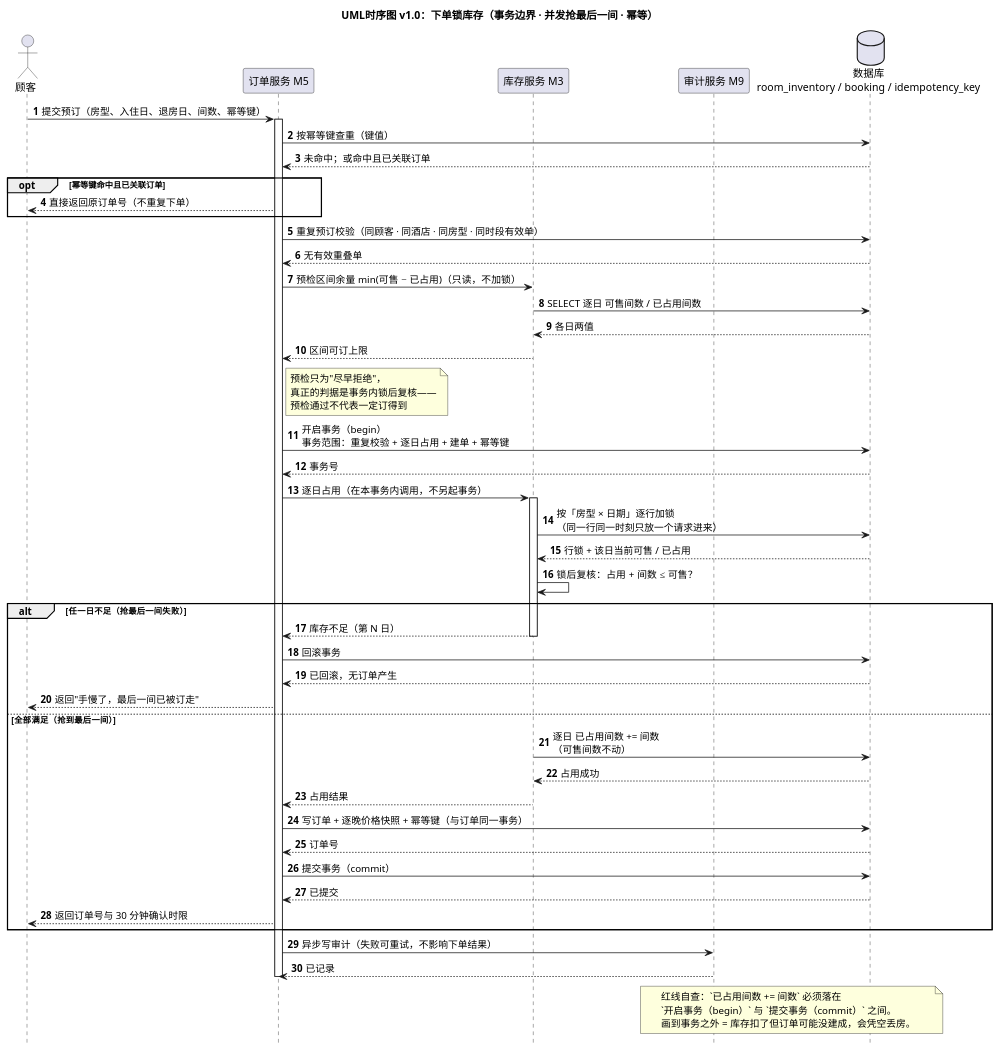
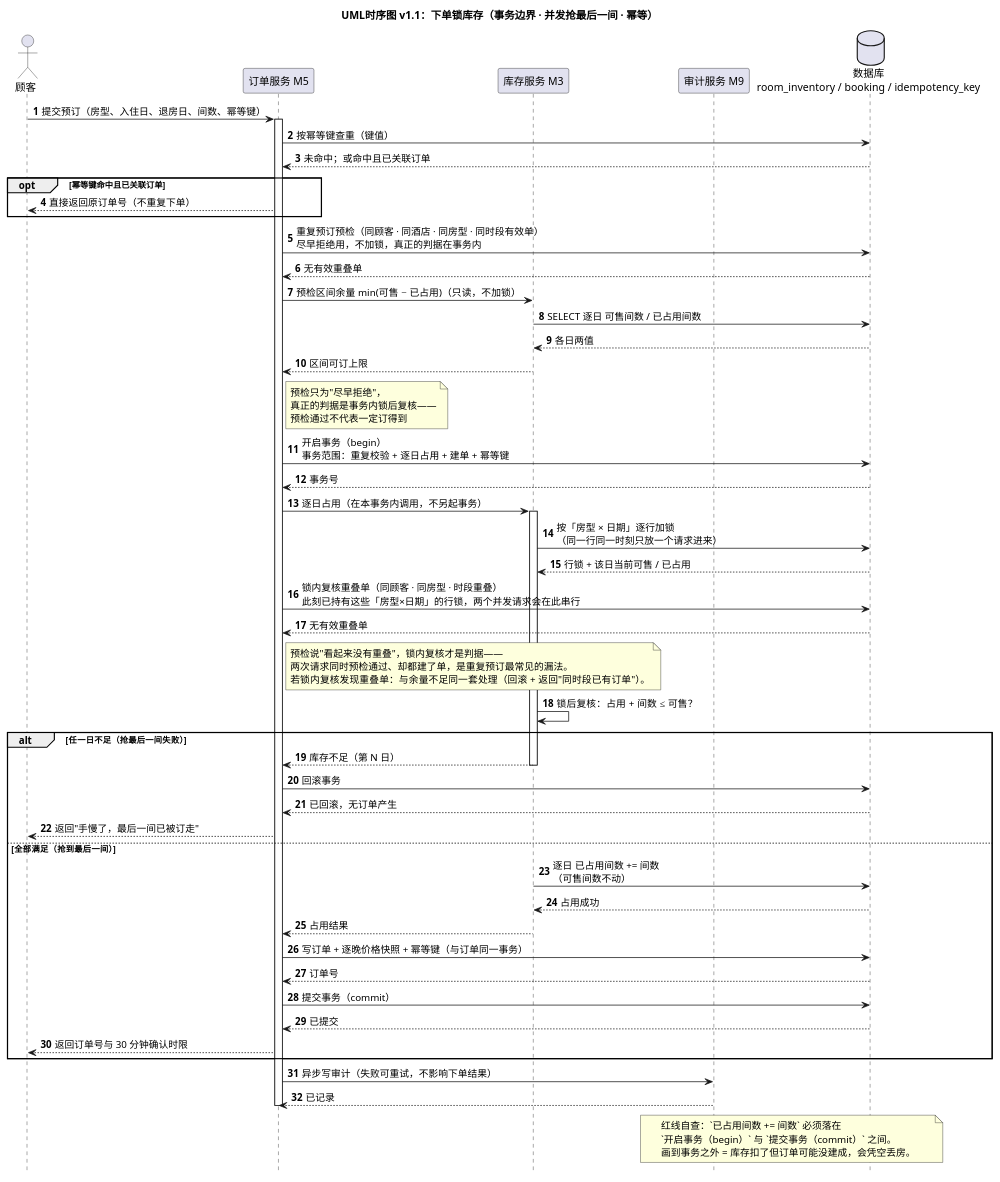
The diagram in exp2/UML/UML时序图-下单锁库存.puml (ChenYiFanAccount/softeng-lab1-requirements), drawn with PlantUML before and after one commit. The commit also changed 8 other files, not shown here.

First line of the commit message:
[S4-fix] 交互图两处口径打架：重复预订校验移进事务、超时取消补订单行锁

```diff
--- a/exp2/UML/UML时序图-下单锁库存.puml
+++ b/exp2/UML/UML时序图-下单锁库存.puml
@@ -1,69 +1,74 @@
 @startuml
-' 版本：v1.0（2026-11-12，S4 交互图，REQ-005 / REQ-006 / REQ-014 / REQ-019）
-title UML时序图 v1.0：下单锁库存（事务边界 · 并发抢最后一间 · 幂等）
+' 版本：v1.1（2026-11-12，S4 交互图，REQ-005 / REQ-006 / REQ-014 / REQ-019）
+' 修订：v1.0 把「重复预订校验」画在事务外，与 02 §5「重复校验在事务内」以及本图自己的事务范围说明打架；
+'      v1.1 拆成「事务外预检（尽早拒绝，不加锁）」+「锁内复核（真正的判据）」两步。
+title UML时序图 v1.1：下单锁库存（事务边界 · 并发抢最后一间 · 幂等）
 autonumber
 hide footbox
 
 actor 顾客 as C
 participant "订单服务 M5" as M5
 participant "库存服务 M3" as M3
 participant "审计服务 M9" as M9
 database "数据库\nroom_inventory / booking / idempotency_key" as DB
 
 C -> M5 : 提交预订（房型、入住日、退房日、间数、幂等键）
 activate M5
 
 M5 -> DB : 按幂等键查重（键值）
 DB --> M5 : 未命中；或命中且已关联订单
 
 opt 幂等键命中且已关联订单
   M5 --> C : 直接返回原订单号（不重复下单）
 end
 
-M5 -> DB : 重复预订校验（同顾客 · 同酒店 · 同房型 · 同时段有效单）
+M5 -> DB : 重复预订预检（同顾客 · 同酒店 · 同房型 · 同时段有效单）\n尽早拒绝用，不加锁，真正的判据在事务内
 DB --> M5 : 无有效重叠单
 
 M5 -> M3 : 预检区间余量 min(可售 − 已占用)（只读，不加锁）
 M3 -> DB : SELECT 逐日 可售间数 / 已占用间数
 DB --> M3 : 各日两值
 M3 --> M5 : 区间可订上限
 note right of M5 : 预检只为"尽早拒绝"，\n真正的判据是事务内锁后复核——\n预检通过不代表一定订得到
 
 M5 -> DB : 开启事务（begin）\n事务范围：重复校验 + 逐日占用 + 建单 + 幂等键
 DB --> M5 : 事务号
 
 M5 -> M3 : 逐日占用（在本事务内调用，不另起事务）
 activate M3
 M3 -> DB : 按「房型 × 日期」逐行加锁\n（同一行同一时刻只放一个请求进来）
 DB --> M3 : 行锁 + 该日当前可售 / 已占用
+M5 -> DB : 锁内复核重叠单（同顾客 · 同房型 · 时段重叠）\n此刻已持有这些「房型×日期」的行锁，两个并发请求会在此串行
+DB --> M5 : 无有效重叠单
+note right of M5 : 预检说"看起来没有重叠"，锁内复核才是判据——\n两次请求同时预检通过、却都建了单，是重复预订最常见的漏法。\n若锁内复核发现重叠单：与余量不足同一套处理（回滚 + 返回"同时段已有订单"）。
 M3 -> M3 : 锁后复核：占用 + 间数 ≤ 可售？
 
 alt 任一日不足（抢最后一间失败）
   M3 --> M5 : 库存不足（第 N 日）
   deactivate M3
   M5 -> DB : 回滚事务
   DB --> M5 : 已回滚，无订单产生
   M5 --> C : 返回"手慢了，最后一间已被订走"
 else 全部满足（抢到最后一间）
   M3 -> DB : 逐日 已占用间数 += 间数\n（可售间数不动）
   DB --> M3 : 占用成功
   M3 --> M5 : 占用结果
   deactivate M3
   M5 -> DB : 写订单 + 逐晚价格快照 + 幂等键（与订单同一事务）
   DB --> M5 : 订单号
   M5 -> DB : 提交事务（commit）
   DB --> M5 : 已提交
   M5 --> C : 返回订单号与 30 分钟确认时限
 end
 
 M5 -> M9 : 异步写审计（失败可重试，不影响下单结果）
 M9 --> M5 : 已记录
 
 deactivate M5
 
 note over DB, M9
   红线自查：`已占用间数 += 间数` 必须落在
   `开启事务（begin）` 与 `提交事务（commit）` 之间。
   画到事务之外 = 库存扣了但订单可能没建成，会凭空丢房。
 end note
 @enduml
```
